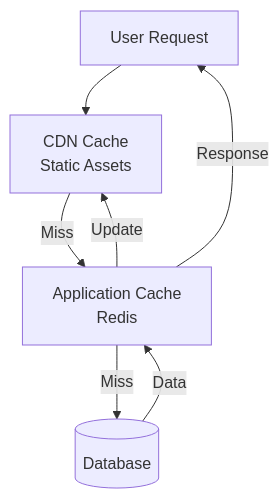
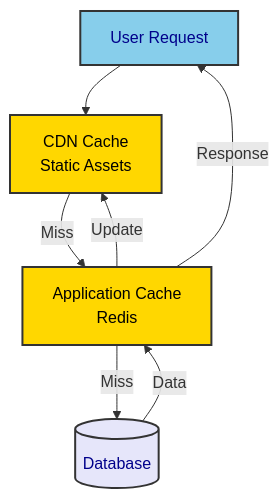
One commit to kasiopeiya/claude-dev-template changed diagram 11 of 18 in .claude/skills/design-doc-mermaid/assets/system-design-template.md. Above: the diagram before and after it, drawn with Mermaid. The commit also changed other lines of this file and 5 other files, not shown here.

````diff
--- a/.claude/skills/design-doc-mermaid/assets/system-design-template.md
+++ b/.claude/skills/design-doc-mermaid/assets/system-design-template.md
@@ -435,14 +477,22 @@
 ```mermaid
 graph TB
     User[User Request]
     CDN[CDN Cache<br/>Static Assets]
     AppCache[Application Cache<br/>Redis]
     DB[(Database)]
 
     User --> CDN
     CDN -->|Miss| AppCache
     AppCache -->|Miss| DB
     DB -->|Data| AppCache
     AppCache -->|Update| CDN
     AppCache -->|Response| User
+
+    classDef client fill:#87CEEB,stroke:#333,stroke-width:2px,color:darkblue
+    classDef cache fill:#FFD700,stroke:#333,stroke-width:2px,color:black
+    classDef store fill:#E6E6FA,stroke:#333,stroke-width:2px,color:darkblue
+
+    class User client
+    class CDN,AppCache cache
+    class DB store
 ```
````
